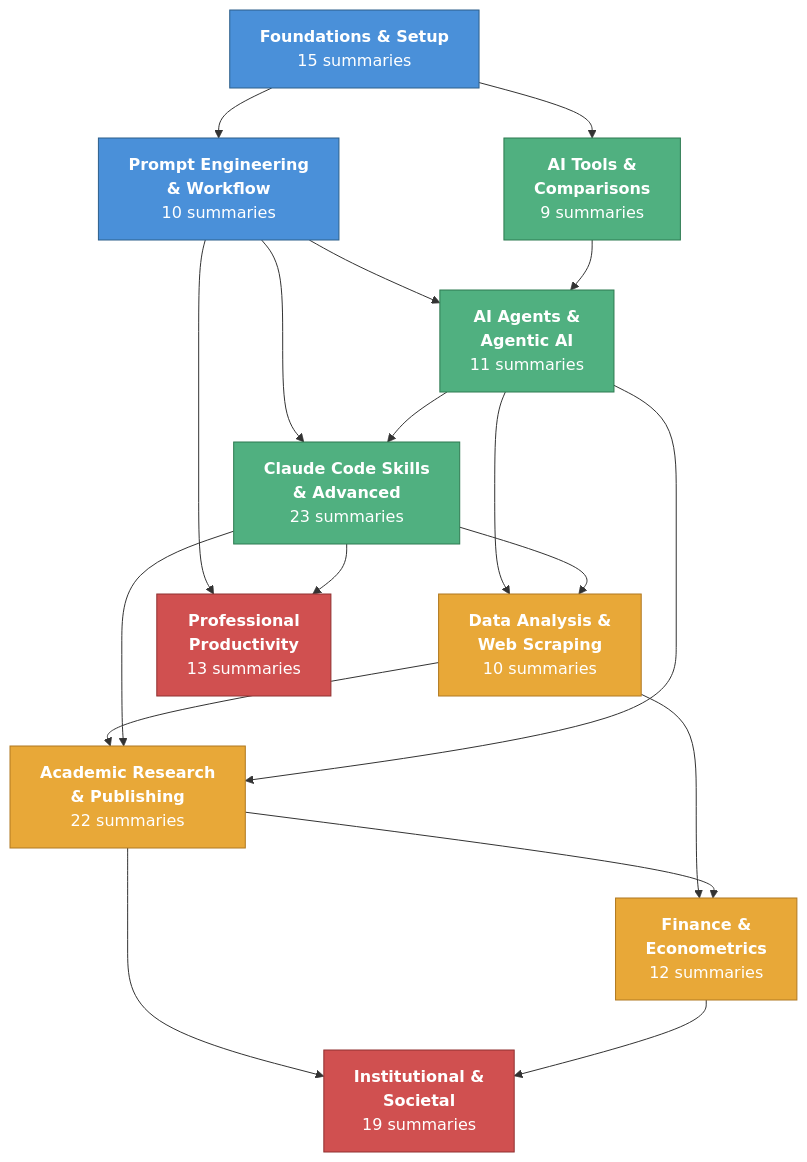
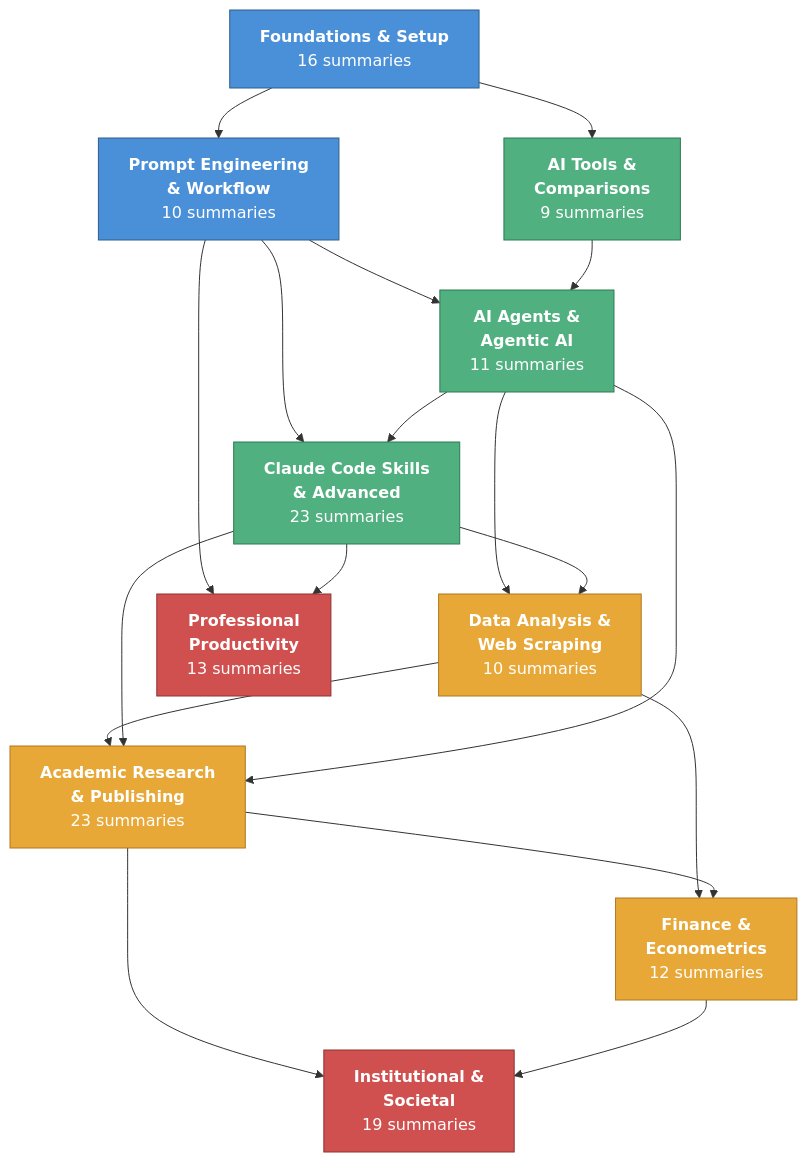
One commit to velikov-mihail/ai-econ-wiki changed the diagram in wiki/visualizations/category-map.md. Above: the diagram before and after it, drawn with Mermaid. The commit also changed 2 other files, not shown here.

Commit message:
Refresh derived pages: bump counts to 146 (foundations 16, academic-research 23) and add new April entries to source-timeline

````diff
--- a/wiki/visualizations/category-map.md
+++ b/wiki/visualizations/category-map.md
@@ -11,49 +11,49 @@
 ```mermaid
 graph TD
-    FS["<b>Foundations & Setup</b><br/>15 summaries"]
+    FS["<b>Foundations & Setup</b><br/>16 summaries"]
     PE["<b>Prompt Engineering<br/>& Workflow</b><br/>10 summaries"]
     AG["<b>AI Agents &<br/>Agentic AI</b><br/>11 summaries"]
     CS["<b>Claude Code Skills<br/>& Advanced</b><br/>23 summaries"]
     DA["<b>Data Analysis &<br/>Web Scraping</b><br/>10 summaries"]
-    AR["<b>Academic Research<br/>& Publishing</b><br/>22 summaries"]
+    AR["<b>Academic Research<br/>& Publishing</b><br/>23 summaries"]
     FE["<b>Finance &<br/>Econometrics</b><br/>12 summaries"]
     AT["<b>AI Tools &<br/>Comparisons</b><br/>9 summaries"]
     IS["<b>Institutional &<br/>Societal</b><br/>19 summaries"]
     PP["<b>Professional<br/>Productivity</b><br/>13 summaries"]
 
     %% Foundational layer
     FS --> PE
     FS --> AT
     PE --> AG
     PE --> CS
 
     %% Technical layer
     AG --> CS
     AG --> DA
     CS --> DA
     AT --> AG
 
     %% Applied layer
     DA --> AR
     DA --> FE
     AR --> FE
     CS --> AR
     AG --> AR
 
     %% Productivity & big picture
     PE --> PP
     CS --> PP
     AR --> IS
     FE --> IS
 
     %% Styling
     classDef foundation fill:#4a90d9,stroke:#2c5f8a,color:#fff
     classDef technical fill:#50b080,stroke:#2d7a50,color:#fff
     classDef applied fill:#e8a838,stroke:#b07820,color:#fff
     classDef bigpicture fill:#d05050,stroke:#903030,color:#fff
 
     class FS,PE foundation
     class AG,CS,AT technical
     class DA,AR,FE applied
     class IS,PP bigpicture
 ```
````
